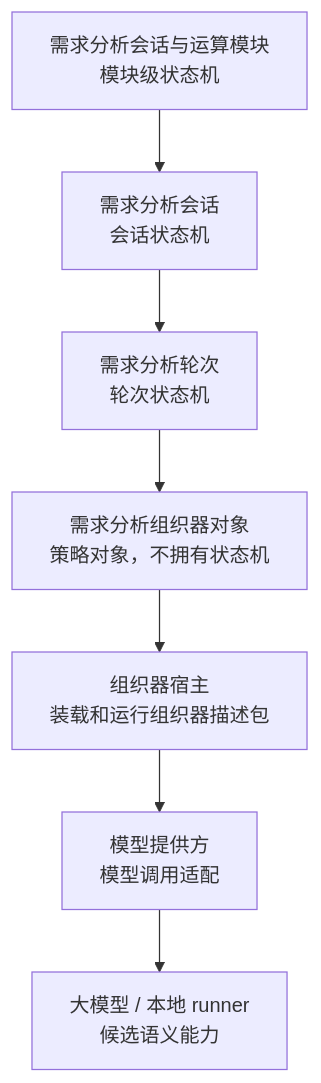
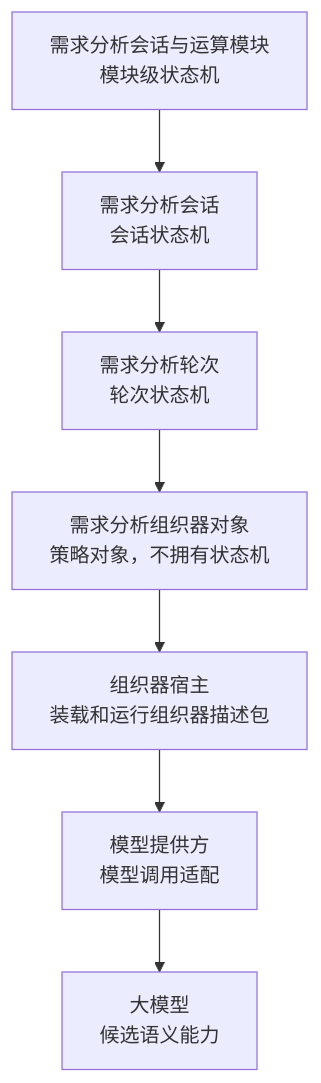
One commit to wgwtest/CodeFactoryV2 changed diagram 20 of 35 in DOC/CODEX_DOC/02_设计说明/P2_需求分析系统/P2-需求分析系统设计.md. Above: the diagram before and after it, drawn with Mermaid. The commit also changed other lines of this file, not shown here.

````diff
--- a/DOC/CODEX_DOC/02_设计说明/P2_需求分析系统/P2-需求分析系统设计.md
+++ b/DOC/CODEX_DOC/02_设计说明/P2_需求分析系统/P2-需求分析系统设计.md
@@ -2801,17 +2801,17 @@
 ```mermaid
 flowchart TB
   Module["需求分析会话与运算模块<br/>模块级状态机"]
   Session["需求分析会话<br/>会话状态机"]
   Turn["需求分析轮次<br/>轮次状态机"]
   Orchestrator["需求分析组织器对象<br/>策略对象，不拥有状态机"]
   Host["组织器宿主<br/>装载和运行组织器描述包"]
   Provider["模型提供方<br/>模型调用适配"]
-  Model["大模型 / 本地 runner<br/>候选语义能力"]
+  Model["大模型<br/>候选语义能力"]
 
   Module --> Session
   Session --> Turn
   Turn --> Orchestrator
   Orchestrator --> Host
   Host --> Provider
   Provider --> Model
 ```
````
